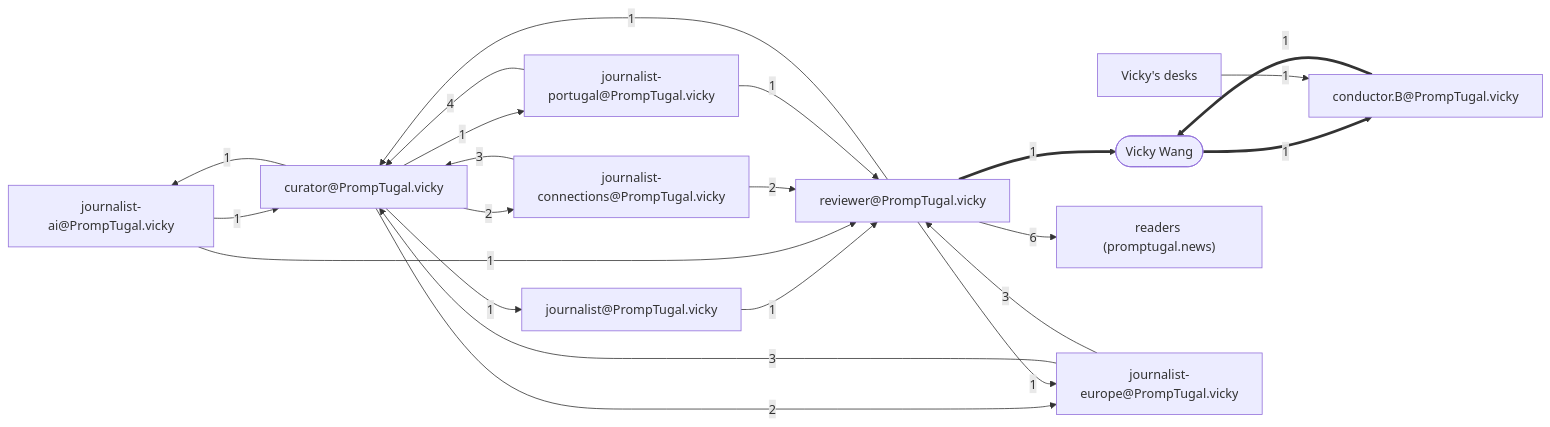
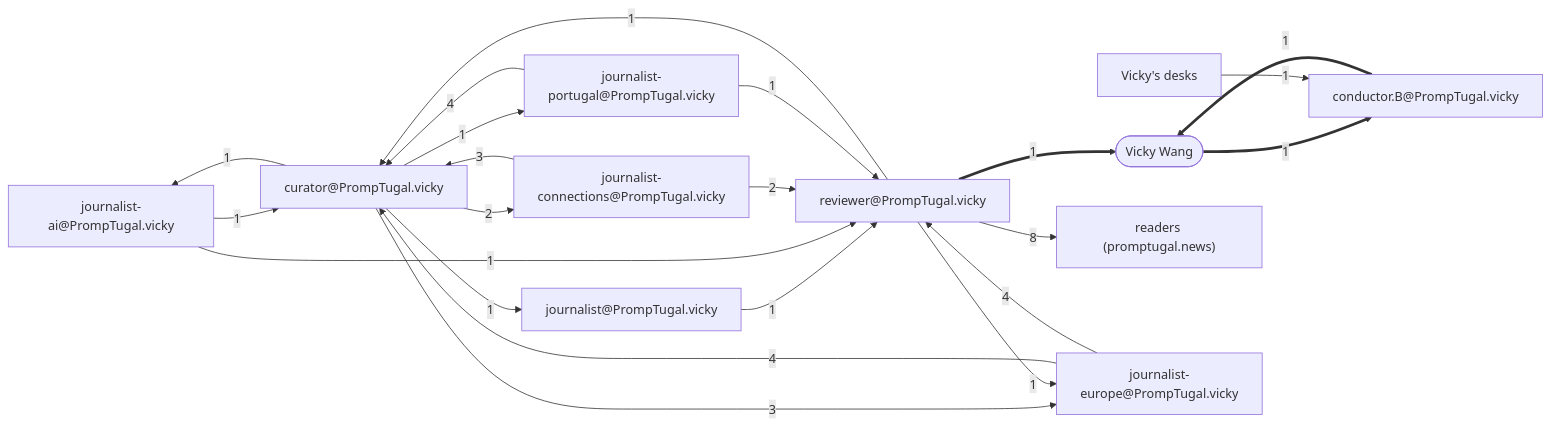
One commit to PrompTugal/PrompTugal__News__Website changed the diagram in board/team/journalist.newsroom/materials/the-discovery/flow.mmd. Above: the diagram before and after it, drawn with Mermaid. The commit also changed 25 other files, not shown here.

```diff
--- a/board/team/journalist.newsroom/materials/the-discovery/flow.mmd
+++ b/board/team/journalist.newsroom/materials/the-discovery/flow.mmd
@@ -1,33 +1,33 @@
 flowchart LR
   A0(["Vicky Wang"])
   A1["conductor.B@PrompTugal.vicky"]
   A2["Vicky's desks"]
   A3["journalist-ai@PrompTugal.vicky"]
   A4["curator@PrompTugal.vicky"]
   A5["journalist@PrompTugal.vicky"]
   A6["reviewer@PrompTugal.vicky"]
   A7["readers (promptugal.news)"]
   A8["journalist-connections@PrompTugal.vicky"]
   A9["journalist-portugal@PrompTugal.vicky"]
   A10["journalist-europe@PrompTugal.vicky"]
   A0 ==>|1| A1
   A2 -->|1| A1
   A3 -->|1| A4
   A1 ==>|1| A0
   A4 -->|1| A3
   A4 -->|1| A5
   A5 -->|1| A6
-  A6 -->|6| A7
+  A6 -->|8| A7
   A8 -->|3| A4
   A9 -->|4| A4
-  A10 -->|3| A4
+  A10 -->|4| A4
   A3 -->|1| A6
   A4 -->|2| A8
-  A4 -->|2| A10
+  A4 -->|3| A10
   A8 -->|2| A6
-  A10 -->|3| A6
+  A10 -->|4| A6
   A4 -->|1| A9
   A6 -->|1| A10
   A9 -->|1| A6
   A6 ==>|1| A0
   A6 -->|1| A4
```
